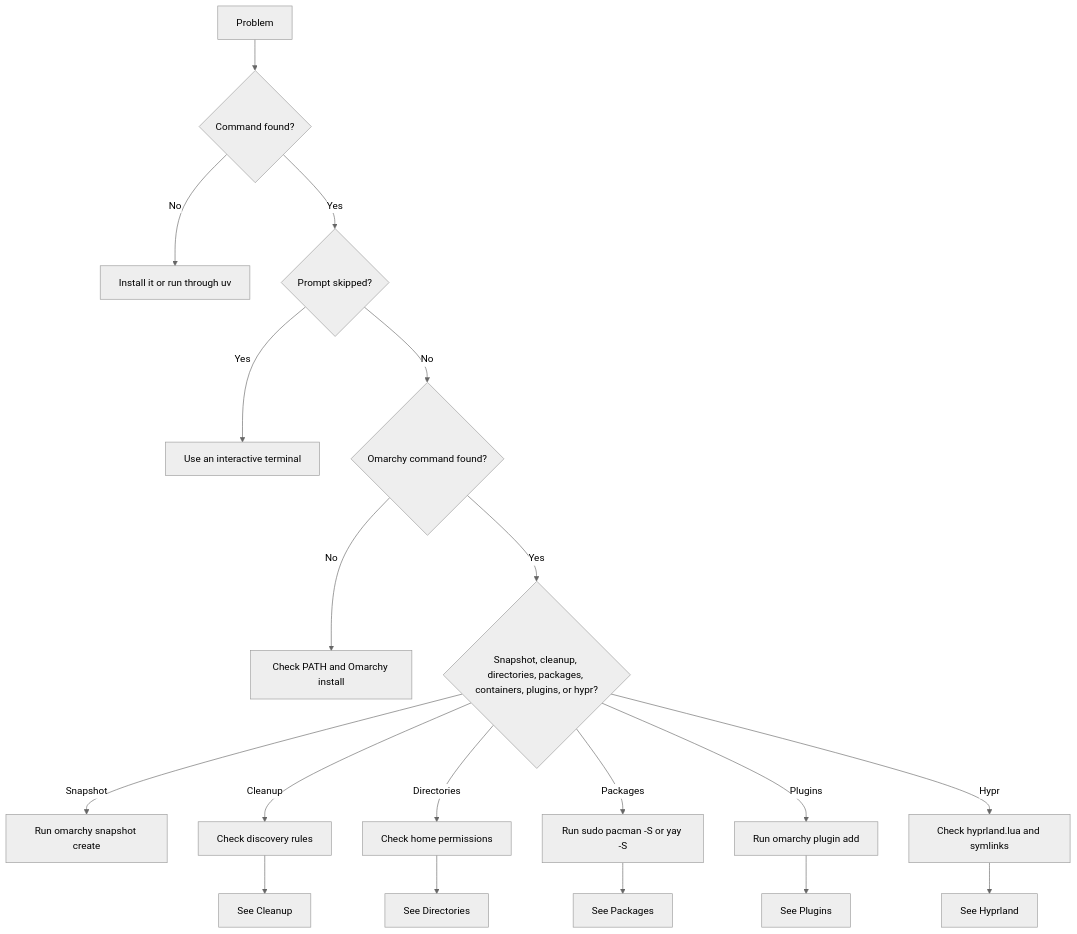
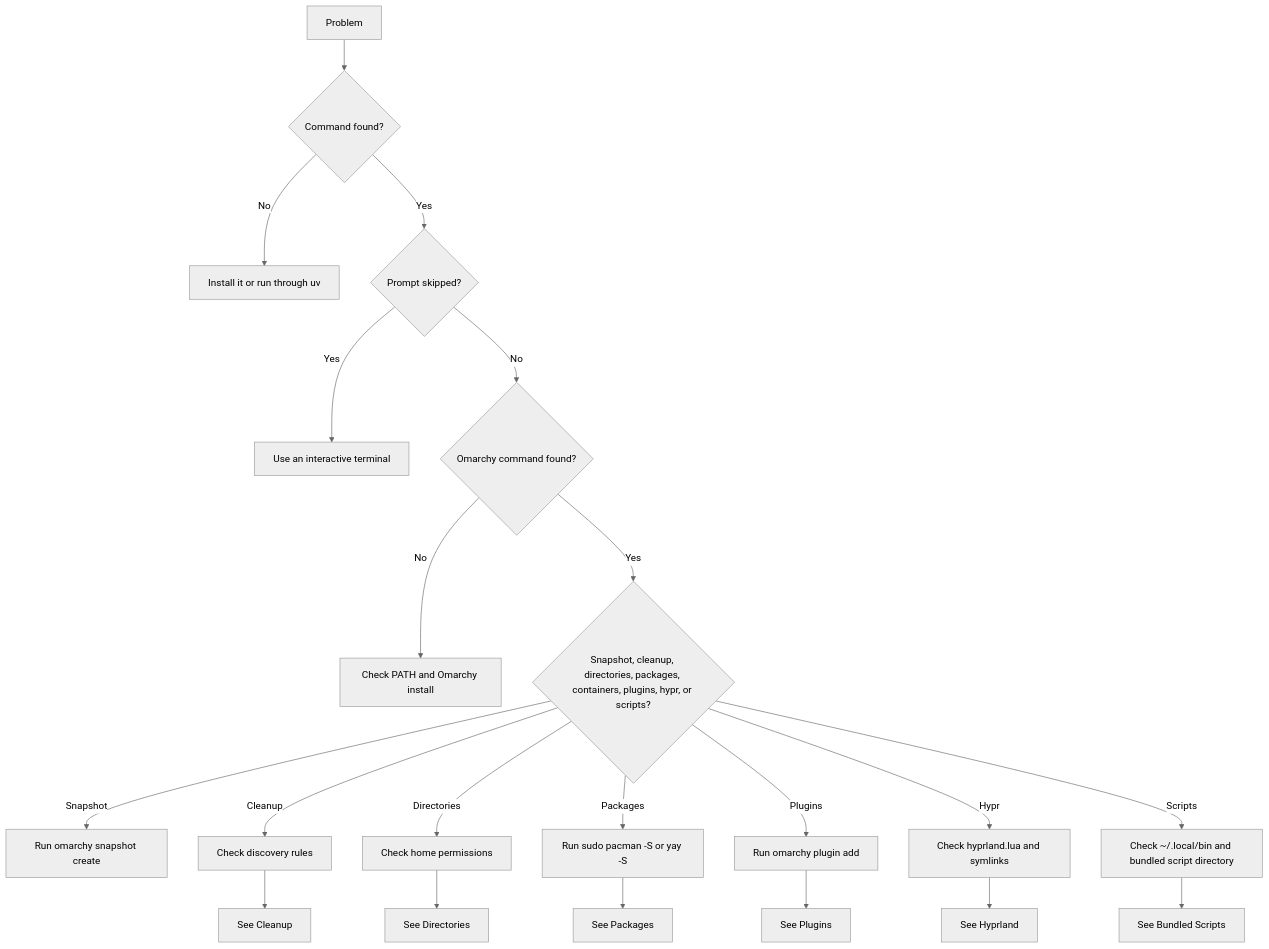
Before and after one commit to Armoghans-Organization/Omarchy-Tweaker: the first of 2 diagrams in docs/troubleshooting.md, drawn with Mermaid (neutral theme). The commit also changed other lines of this file and 21 other files, not shown here.

Commit message:
feat(scripts): link bundled helper scripts into PATH

````diff
--- a/docs/troubleshooting.md
+++ b/docs/troubleshooting.md
@@ -12,21 +12,23 @@
 ```mermaid
 flowchart TD
     A[Problem] --> B{Command found?}
     B -- No --> C[Install it or run through uv]
     B -- Yes --> D{Prompt skipped?}
     D -- Yes --> E[Use an interactive terminal]
     D -- No --> F{Omarchy command found?}
     F -- No --> G[Check PATH and Omarchy install]
-    F -- Yes --> H{Snapshot, cleanup, directories, packages, containers, plugins, or hypr?}
+    F -- Yes --> H{Snapshot, cleanup, directories, packages, containers, plugins, hypr, or scripts?}
     H -- Snapshot --> I[Run omarchy snapshot create]
     H -- Cleanup --> J[Check discovery rules]
     J --> K[See Cleanup]
     H -- Directories --> L[Check home permissions]
     L --> M[See Directories]
     H -- Packages --> N[Run sudo pacman -S or yay -S]
     N --> O[See Packages]
     H -- Plugins --> P[Run omarchy plugin add]
     P --> Q[See Plugins]
     H -- Hypr --> R[Check hyprland.lua and symlinks]
     R --> S[See Hyprland]
+    H -- Scripts --> T[Check ~/.local/bin and bundled script directory]
+    T --> U[See Bundled Scripts]
 ```
````
